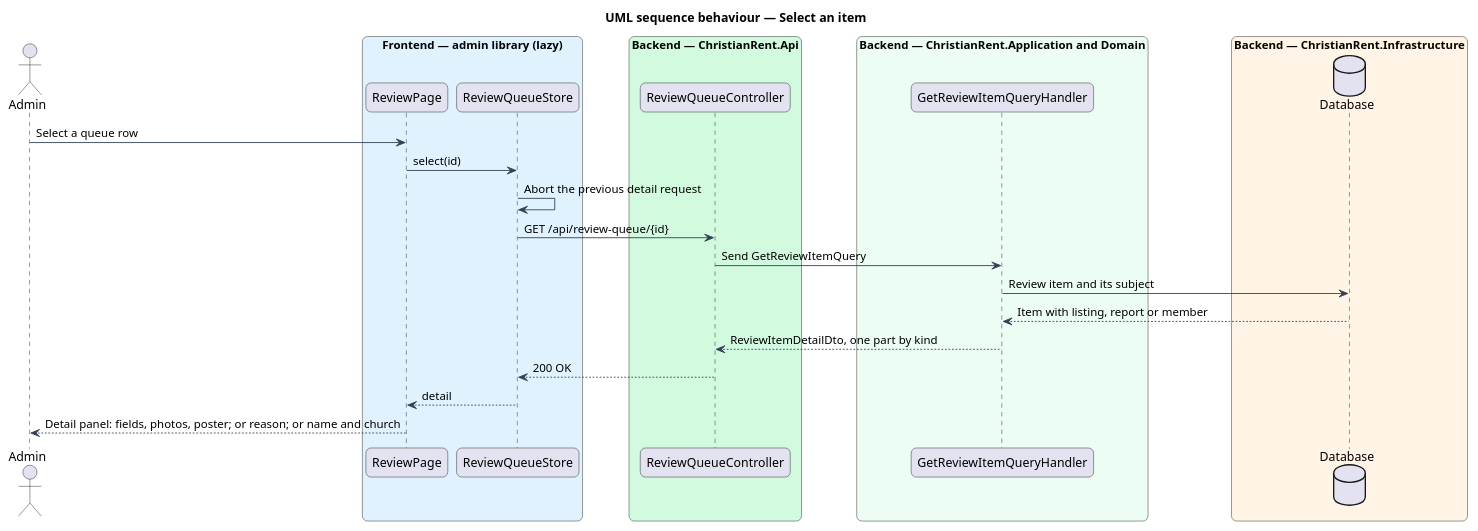
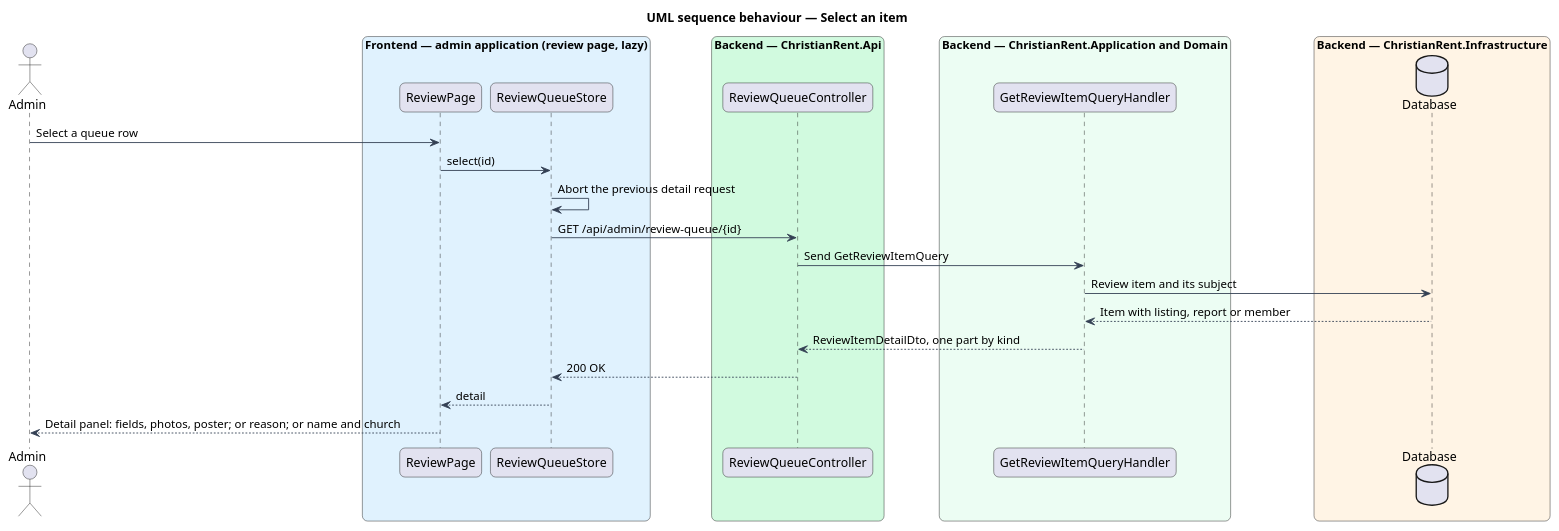
Before and after one commit to QuinntyneBrown/christian-rent: the diagram in docs/detailed-designs/review/view-review-queue/diagrams/sequence-select-item.puml, drawn with PlantUML. The commit also changed 91 other files, not shown here.

```diff
--- a/docs/detailed-designs/review/view-review-queue/diagrams/sequence-select-item.puml
+++ b/docs/detailed-designs/review/view-review-queue/diagrams/sequence-select-item.puml
@@ -1,42 +1,42 @@
 @startuml
 title UML sequence behaviour — Select an item
 skinparam backgroundColor #FFFFFF
 skinparam shadowing false
 skinparam roundcorner 12
 skinparam defaultFontName Arial
 skinparam ArrowColor #344054
 skinparam rectangle {
   BorderColor #344054
   FontColor #101828
 }
 skinparam package {
   BorderColor #667085
   FontColor #101828
   BackgroundColor #F9FAFB
 }
 actor "Admin" as actor
-box "Frontend — admin library (lazy)" #E0F2FE
+box "Frontend — admin application (review page, lazy)" #E0F2FE
   participant "ReviewPage" as page
   participant "ReviewQueueStore" as store
 end box
 box "Backend — ChristianRent.Api" #D1FADF
   participant "ReviewQueueController" as ctrl
 end box
 box "Backend — ChristianRent.Application and Domain" #ECFDF3
   participant "GetReviewItemQueryHandler" as handler
 end box
 box "Backend — ChristianRent.Infrastructure" #FFF4E5
   database "Database" as db
 end box
 actor -> page : Select a queue row
 page -> store : select(id)
 store -> store : Abort the previous detail request
-store -> ctrl : GET /api/review-queue/{id}
+store -> ctrl : GET /api/admin/review-queue/{id}
 ctrl -> handler : Send GetReviewItemQuery
 handler -> db : Review item and its subject
 db --> handler : Item with listing, report or member
 handler --> ctrl : ReviewItemDetailDto, one part by kind
 ctrl --> store : 200 OK
 store --> page : detail
 page --> actor : Detail panel: fields, photos, poster; or reason; or name and church
 @enduml
```
